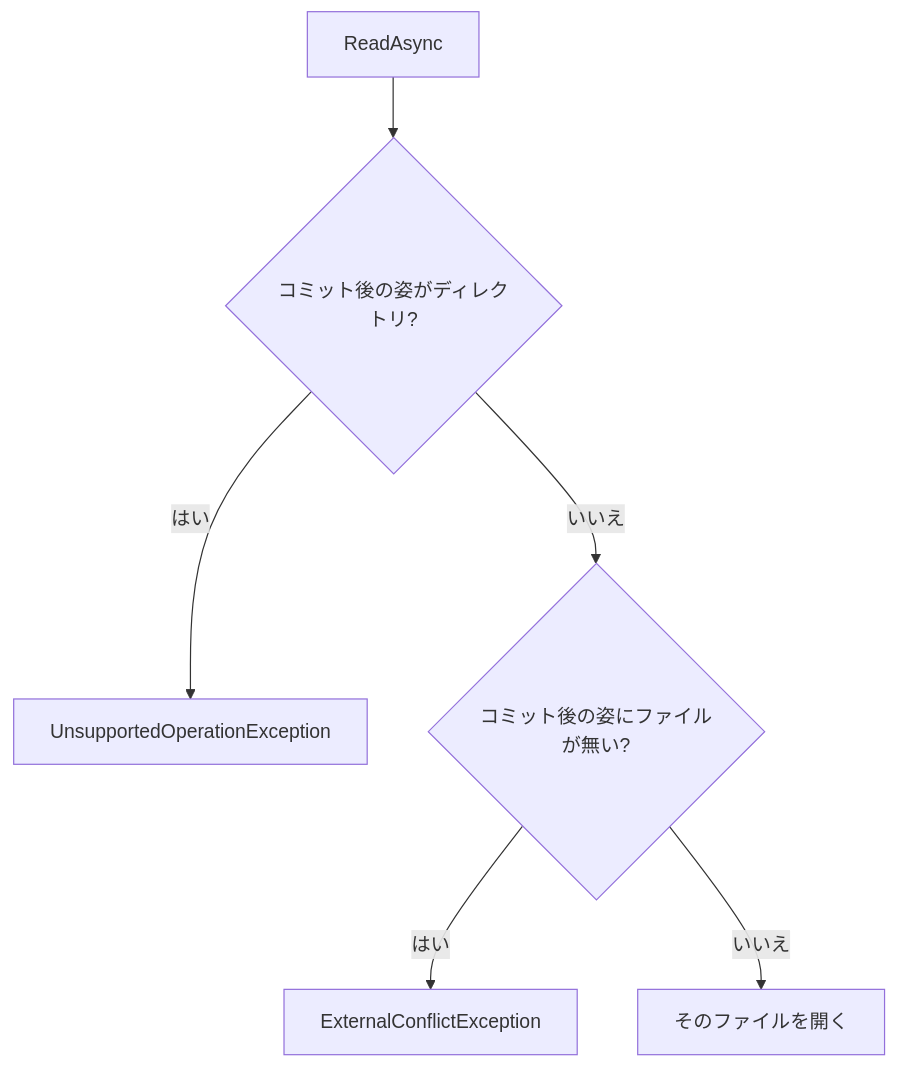
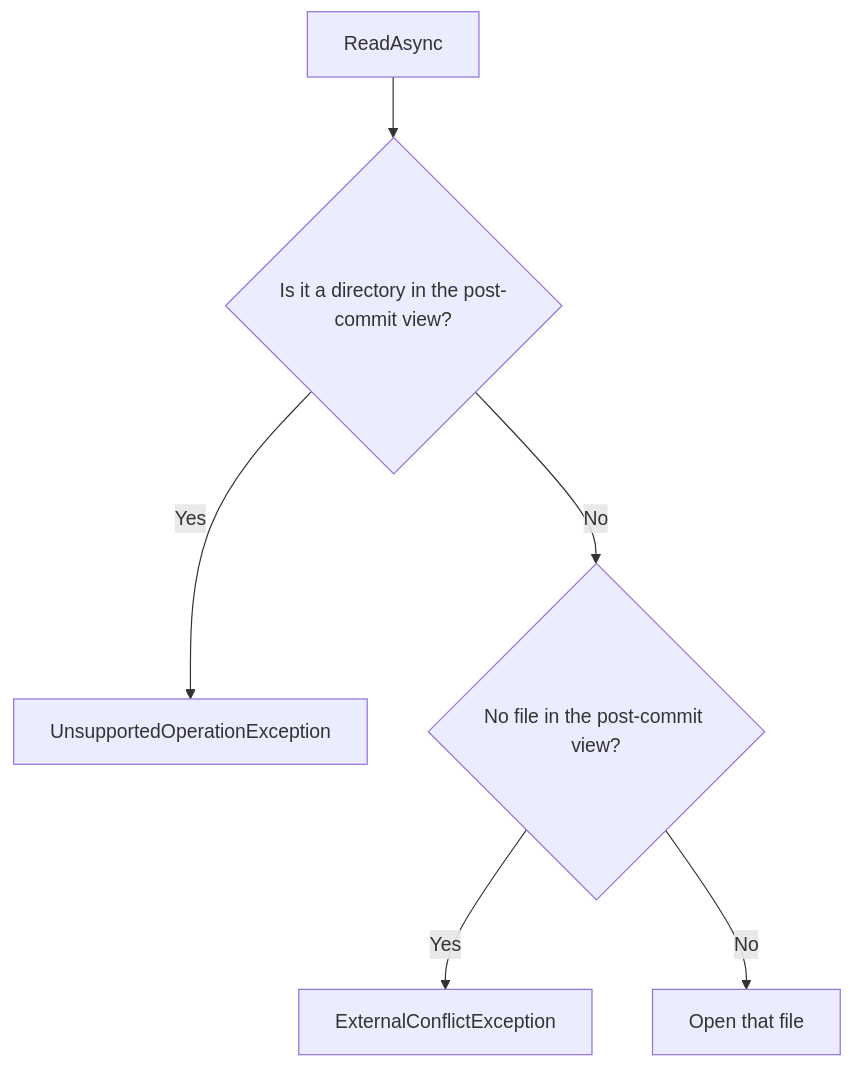
One commit to YUKIKEDA/Txfio changed the sixth of 15 diagrams in README.md. Above: the diagram before and after it, drawn with Mermaid. The commit also changed other lines of this file and 218 other files, not shown here.

````diff
--- a/README.md
+++ b/README.md
@@ -252,8 +254,8 @@
 ```mermaid
 flowchart TD
-  read["ReadAsync"] --> dir{"コミット後の姿がディレクトリ?"}
-  dir -->|はい| uns["UnsupportedOperationException"]
-  dir -->|いいえ| bytes{"コミット後の姿にファイルが無い?"}
-  bytes -->|はい| ext["ExternalConflictException"]
-  bytes -->|いいえ| ok["そのファイルを開く"]
+  read["ReadAsync"] --> dir{"Is it a directory in the post-commit view?"}
+  dir -->|Yes| uns["UnsupportedOperationException"]
+  dir -->|No| bytes{"No file in the post-commit view?"}
+  bytes -->|Yes| ext["ExternalConflictException"]
+  bytes -->|No| ok["Open that file"]
 ```
````
